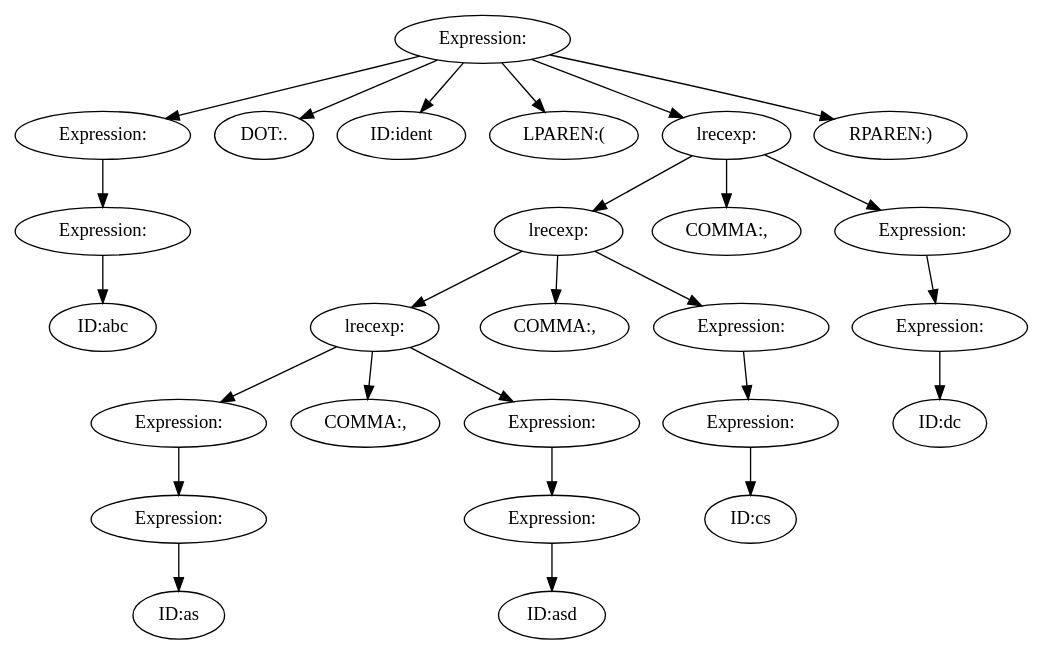
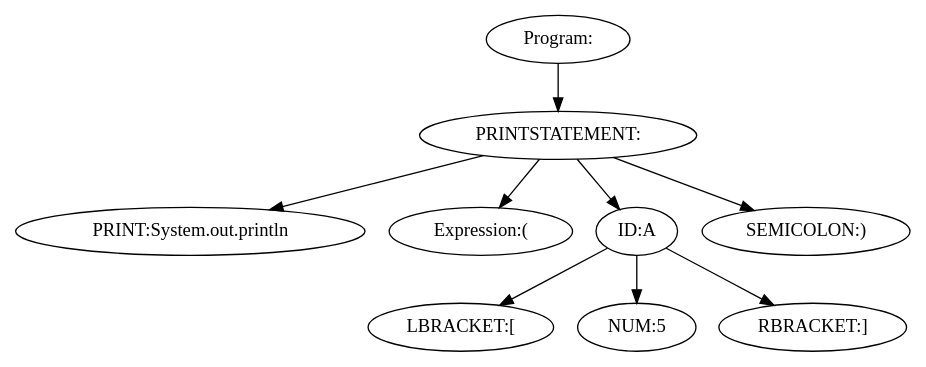
The diagram in assignment1/assignment/tree.dot (JakobAdamsson/Compiler-and-translation-technique), drawn with Graphviz before and after one commit. The commit also changed 10 other files, not shown here.

```diff
--- a/assignment1/assignment/tree.dot
+++ b/assignment1/assignment/tree.dot
@@ -1,53 +1,19 @@
 digraph {
-n0 [label="Expression:"];
-n1 [label="Expression:"];
-n2 [label="Expression:"];
-n3 [label="ID:abc"];
-n2 -> n3
+n0 [label="Program:"];
+n1 [label="PRINTSTATEMENT:"];
+n2 [label="PRINT:System.out.println"];
 n1 -> n2
+n3 [label="Expression:("];
+n1 -> n3
+n4 [label="ID:A"];
+n5 [label="LBRACKET:["];
+n4 -> n5
+n6 [label="NUM:5"];
+n4 -> n6
+n7 [label="RBRACKET:]"];
+n4 -> n7
+n1 -> n4
+n8 [label="SEMICOLON:)"];
+n1 -> n8
 n0 -> n1
-n4 [label="DOT:."];
-n0 -> n4
-n5 [label="ID:ident"];
-n0 -> n5
-n6 [label="LPAREN:("];
-n0 -> n6
-n7 [label="lrecexp:"];
-n8 [label="lrecexp:"];
-n9 [label="lrecexp:"];
-n10 [label="Expression:"];
-n11 [label="Expression:"];
-n12 [label="ID:as"];
-n11 -> n12
-n10 -> n11
-n9 -> n10
-n13 [label="COMMA:,"];
-n9 -> n13
-n14 [label="Expression:"];
-n15 [label="Expression:"];
-n16 [label="ID:asd"];
-n15 -> n16
-n14 -> n15
-n9 -> n14
-n8 -> n9
-n17 [label="COMMA:,"];
-n8 -> n17
-n18 [label="Expression:"];
-n19 [label="Expression:"];
-n20 [label="ID:cs"];
-n19 -> n20
-n18 -> n19
-n8 -> n18
-n7 -> n8
-n21 [label="COMMA:,"];
-n7 -> n21
-n22 [label="Expression:"];
-n23 [label="Expression:"];
-n24 [label="ID:dc"];
-n23 -> n24
-n22 -> n23
-n7 -> n22
-n0 -> n7
-n25 [label="RPAREN:)"];
-n0 -> n25
 }
```
